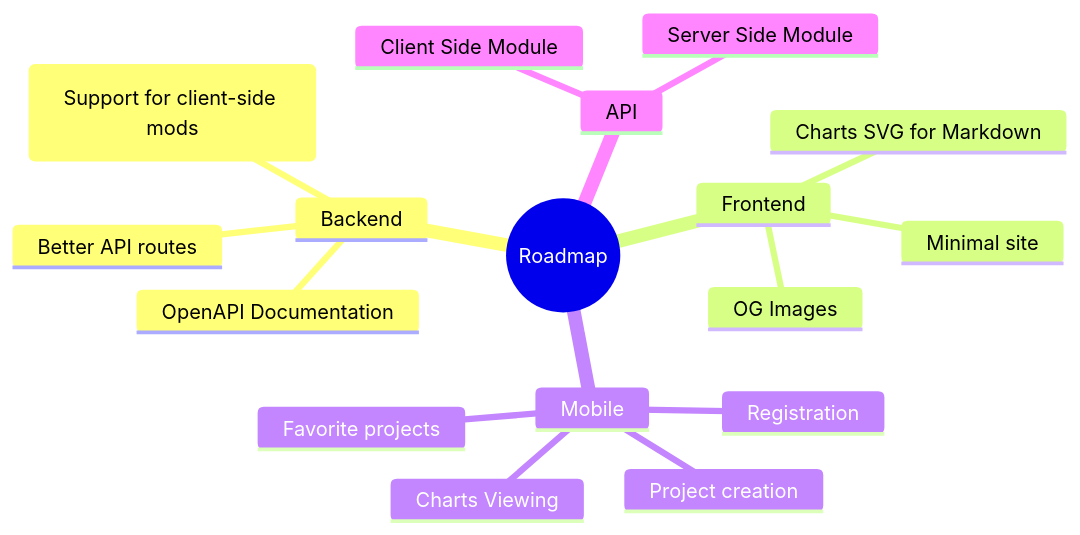
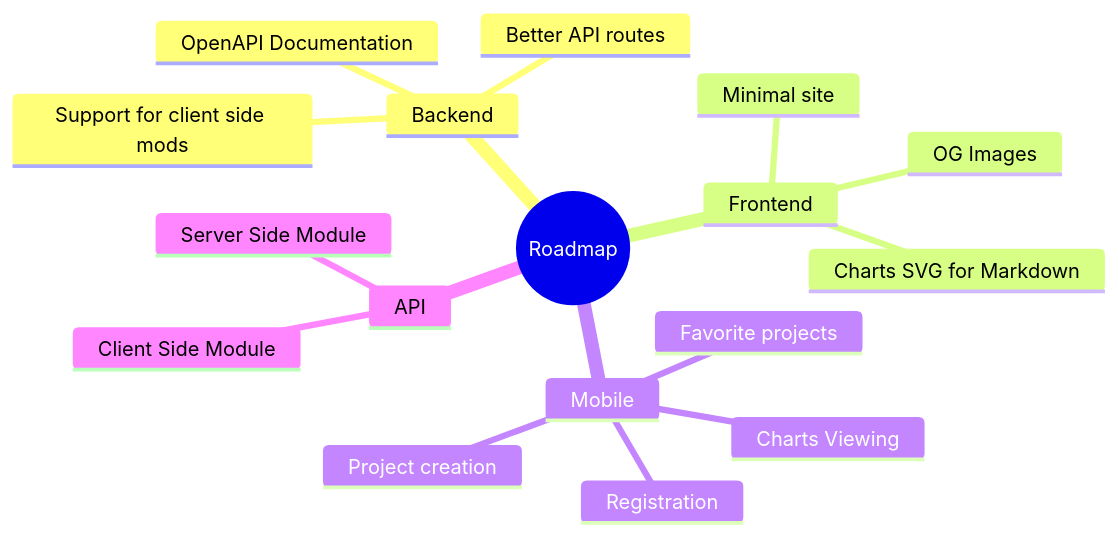
Before and after one commit to fStats/.github: the diagram in profile/README.md, drawn with Mermaid.

````diff
--- a/profile/README.md
+++ b/profile/README.md
@@ -3,20 +3,20 @@
 ```mermaid
 mindmap
   root((Roadmap))
     Backend
       OpenAPI Documentation
       Better API routes
-      (Support for client-side mods)
+      Support for client side mods
     Frontend
       Minimal site
       OG Images
       Charts SVG for Markdown
     Mobile
       Charts Viewing
       Registration
       Project creation
       Favorite projects
     API
       Client Side Module
       Server Side Module
 ```
````
